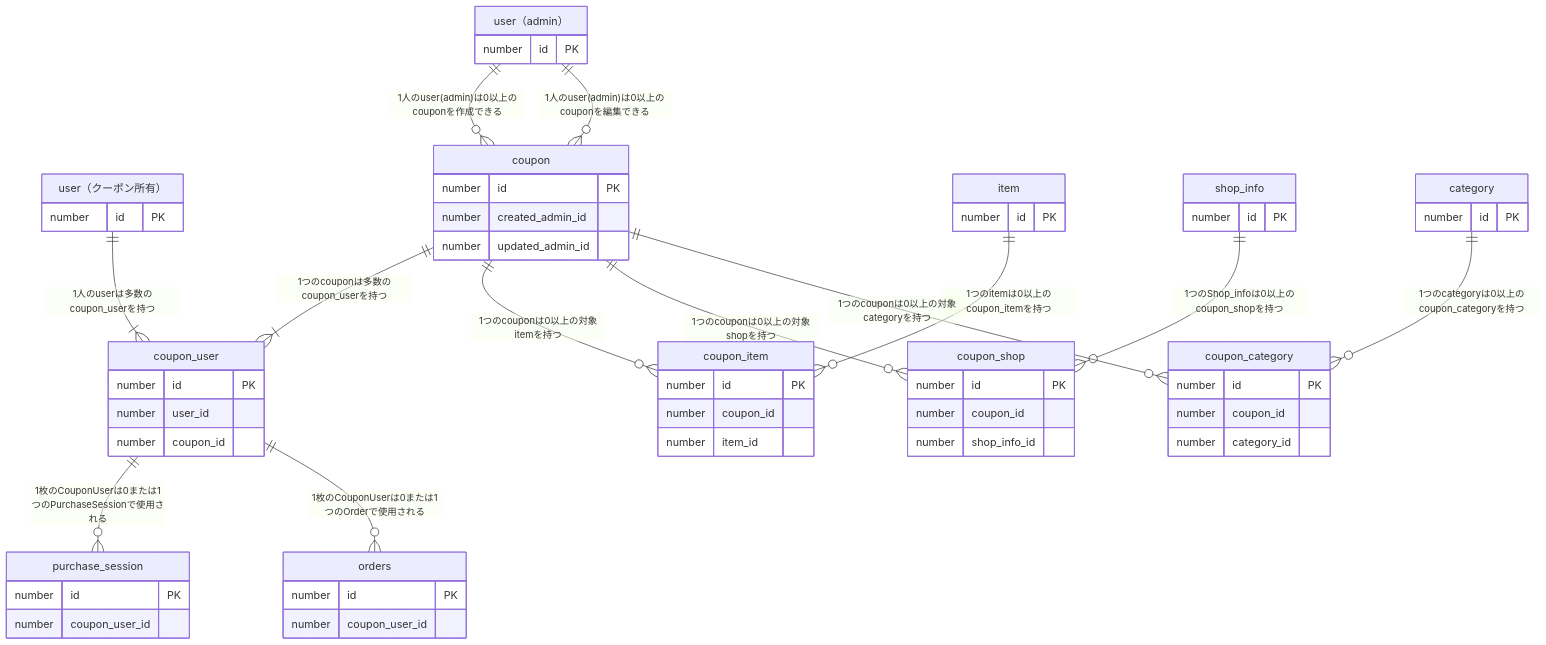
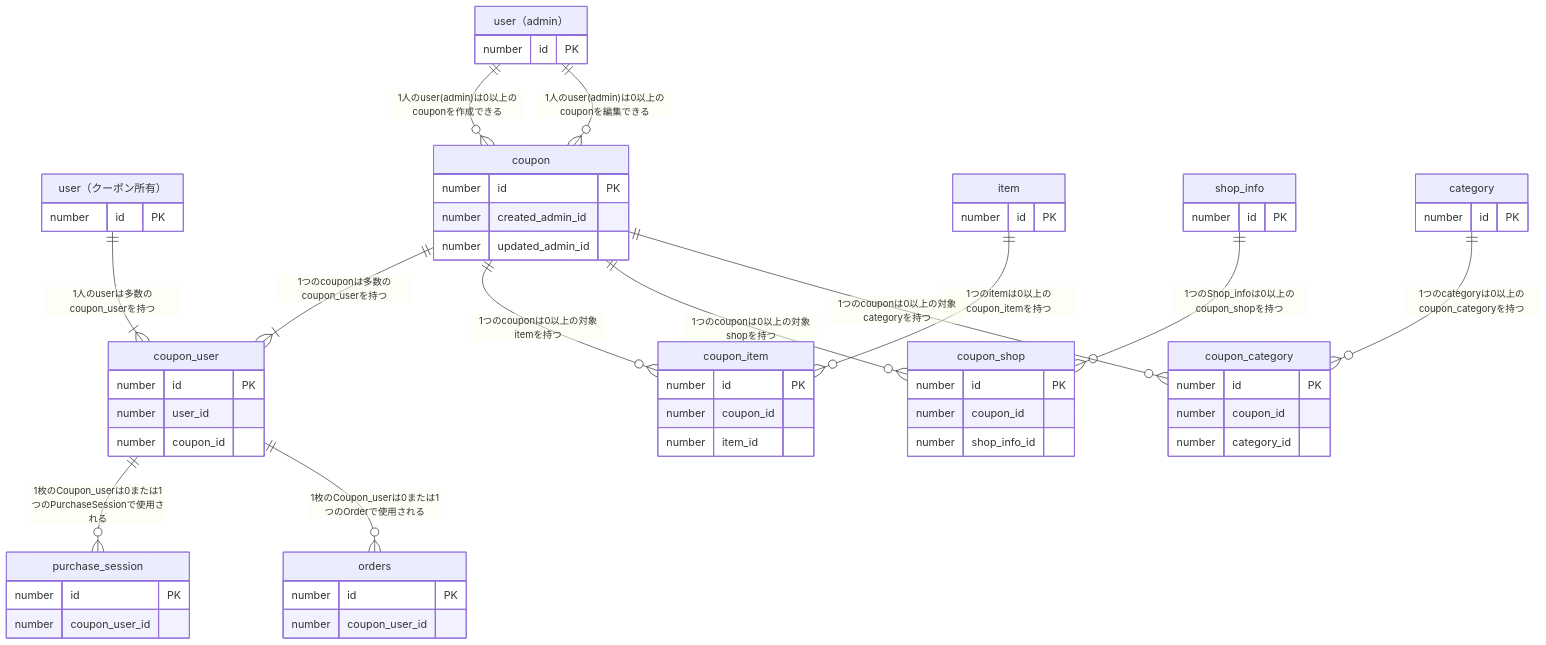
One commit to daddydirty420-app/web-project1 changed the diagram in docs/DB/ER/coupon.md. Above: the diagram before and after it, drawn with Mermaid. The commit also changed 1 other file, not shown here.

Commit message:
docs: ER AGENTS.md作成

```diff
--- a/docs/DB/ER/coupon.md
+++ b/docs/DB/ER/coupon.md
@@ -71,9 +71,9 @@
 
 user（admin） ||--o{ coupon : "1人のuser(admin)は0以上のcouponを編集できる"
 
-coupon_user ||--o{ purchase_session : "1枚のCouponUserは0または1つのPurchaseSessionで使用される"
+coupon_user ||--o{ purchase_session : "1枚のCoupon_userは0または1つのPurchaseSessionで使用される"
 
-coupon_user ||--o{ orders : "1枚のCouponUserは0または1つのOrderで使用される"
+coupon_user ||--o{ orders : "1枚のCoupon_userは0または1つのOrderで使用される"
 
 item ||--o{ coupon_item : "1つのitemは0以上のcoupon_itemを持つ"
 
```
